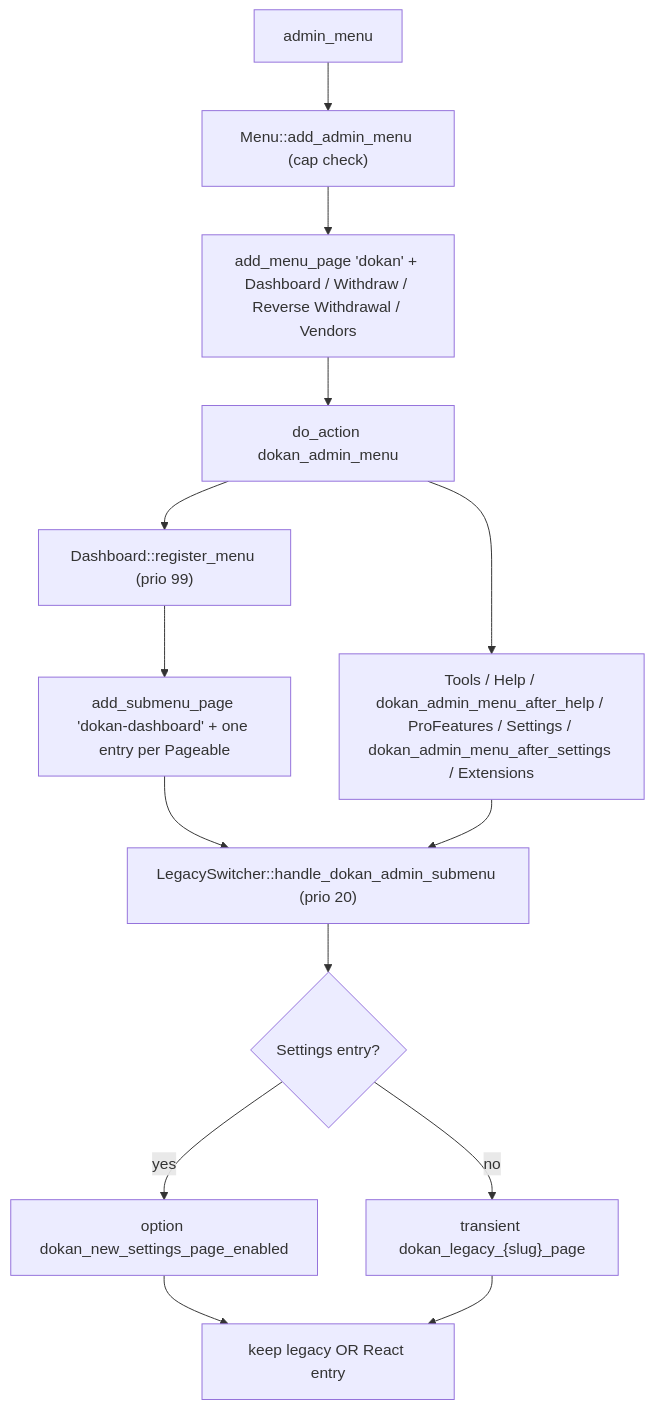
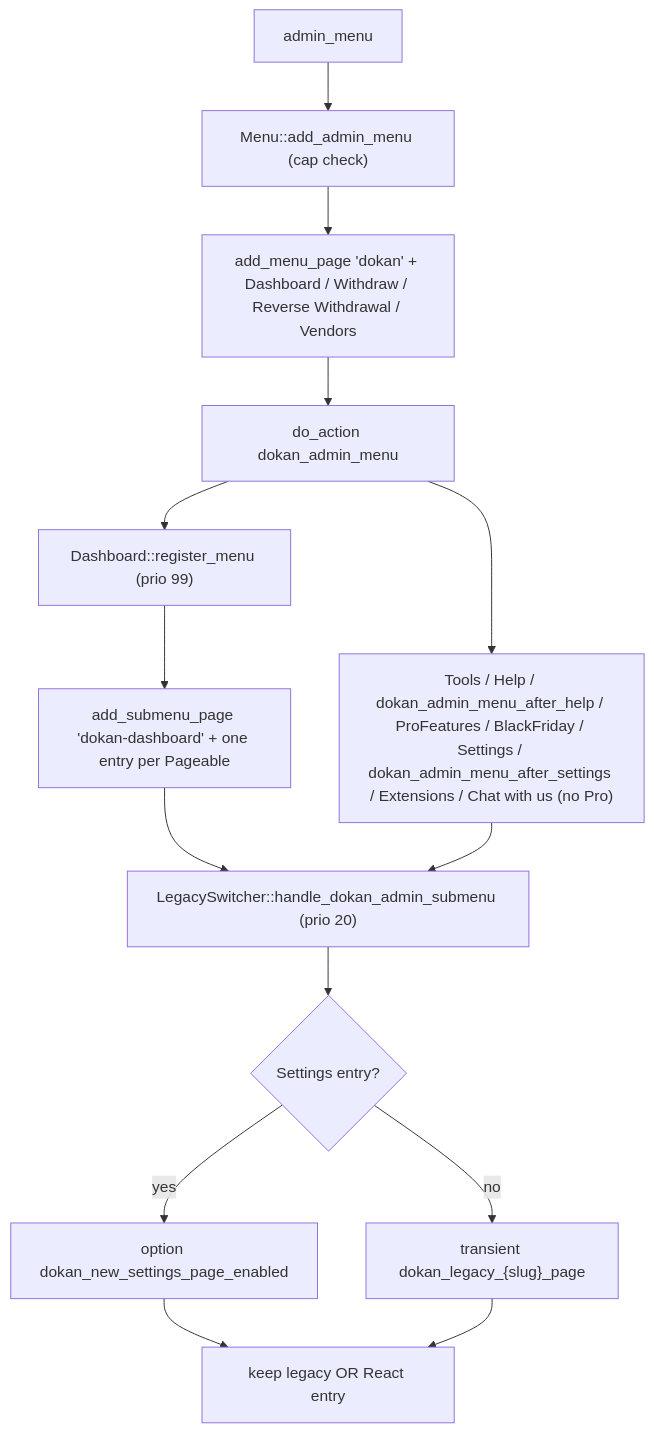
One commit to getdokan/dokan changed the first of 9 diagrams in docs/adr/reference/admin-dashboard-and-settings.md. Above: the diagram before and after it, drawn with Mermaid. The commit also changed other lines of this file and 32 other files, not shown here.

````diff
--- a/docs/adr/reference/admin-dashboard-and-settings.md
+++ b/docs/adr/reference/admin-dashboard-and-settings.md
@@ -103,16 +103,16 @@
 ```mermaid
 flowchart TD
     A["admin_menu"] --> B["Menu::add_admin_menu (cap check)"]
     B --> C["add_menu_page 'dokan' + Dashboard / Withdraw / Reverse Withdrawal / Vendors"]
     C --> D["do_action dokan_admin_menu"]
     D --> E["Dashboard::register_menu (prio 99)"]
     E --> F["add_submenu_page 'dokan-dashboard' + one entry per Pageable"]
-    D --> G["Tools / Help / dokan_admin_menu_after_help / ProFeatures / Settings / dokan_admin_menu_after_settings / Extensions"]
+    D --> G["Tools / Help / dokan_admin_menu_after_help / ProFeatures / BlackFriday / Settings / dokan_admin_menu_after_settings / Extensions / Chat with us (no Pro)"]
     F --> H["LegacySwitcher::handle_dokan_admin_submenu (prio 20)"]
     G --> H
     H --> I{"Settings entry?"}
     I -- yes --> J["option dokan_new_settings_page_enabled"]
     I -- no --> K["transient dokan_legacy_{slug}_page"]
     J --> L["keep legacy OR React entry"]
     K --> L
 ```
````
